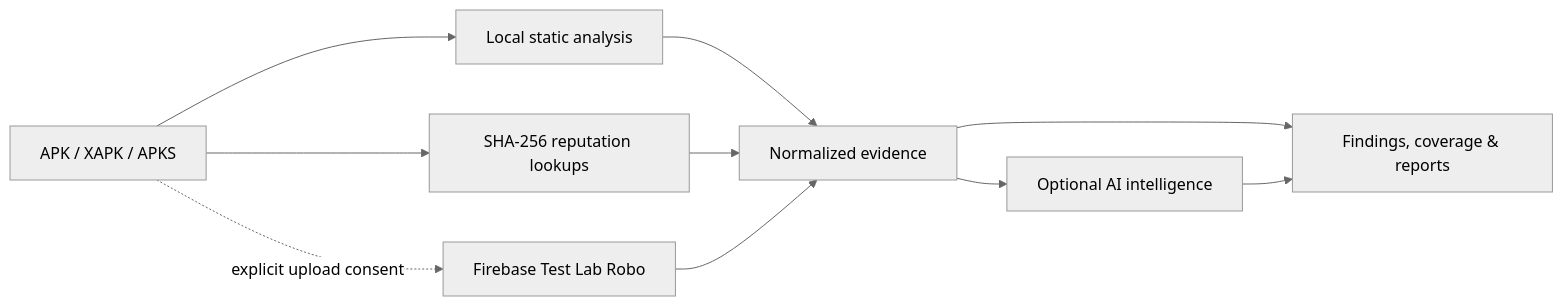
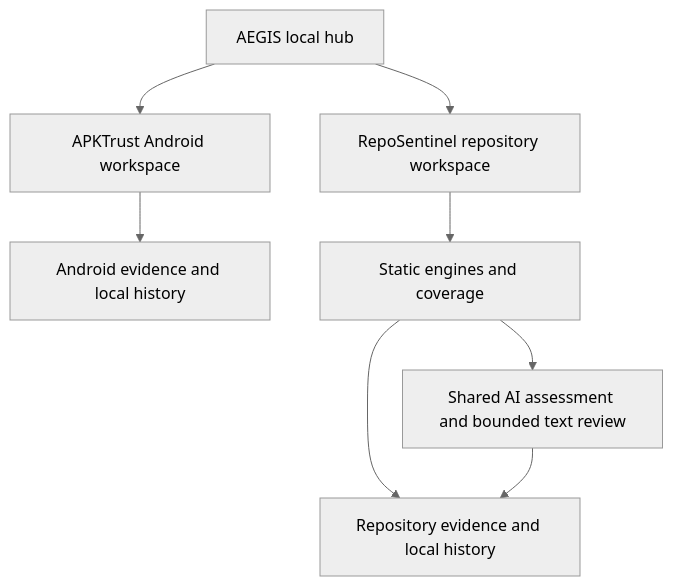
One commit to CocoShesh/AEGIS changed the diagram in README.md. Above: the diagram before and after it, drawn with Mermaid (neutral theme). The commit also changed other lines of this file and 79 other files, not shown here.

Commit message:
Unify AEGIS hub, APKTrust and RepoSentinel with module documentation

````diff
--- a/README.md
+++ b/README.md
@@ -43,12 +21,10 @@
 ```mermaid
-flowchart LR
-    A[APK / XAPK / APKS] --> B[Local static analysis]
-    A --> C[SHA-256 reputation lookups]
-    A -. explicit upload consent .-> D[Firebase Test Lab Robo]
-    B --> E[Normalized evidence]
-    C --> E
-    D --> E
-    E --> F[Optional AI intelligence]
-    E --> G[Findings, coverage & reports]
+flowchart TD
+    A[AEGIS local hub] --> B[APKTrust Android workspace]
+    A --> C[RepoSentinel repository workspace]
+    B --> D[Android evidence and local history]
+    C --> E[Static engines and coverage]
+    E --> F[Shared AI assessment and bounded text review]
+    E --> G[Repository evidence and local history]
     F --> G
 ```
````
